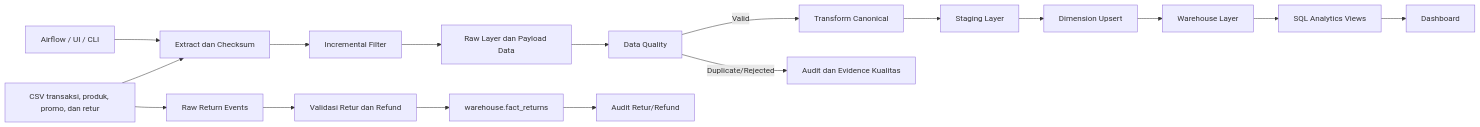
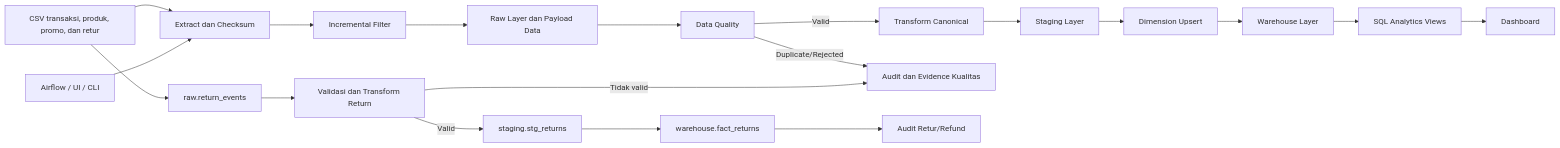
One commit to RinaldiHamzah/arunika-sales-pepeline-end-to-end changed the diagram in docs/architecture.md. Above: the diagram before and after it, drawn with Mermaid. The commit also changed other lines of this file and 15 other files, not shown here.

````diff
--- a/docs/architecture.md
+++ b/docs/architecture.md
@@ -9,19 +9,21 @@
 ```mermaid
 flowchart LR
     A[CSV transaksi, produk, promo, dan retur] --> B[Extract dan Checksum]
     B --> C[Incremental Filter]
     C --> D[Raw Layer dan Payload Data]
     D --> E[Data Quality]
     E -->|Valid| F[Transform Canonical]
     E -->|Duplicate/Rejected| G[Audit dan Evidence Kualitas]
     F --> H[Staging Layer]
     H --> I[Dimension Upsert]
     I --> J[Warehouse Layer]
     J --> K[SQL Analytics Views]
     K --> L[Dashboard]
-    A --> R[Raw Return Events]
-    R --> S[Validasi Retur dan Refund]
-    S --> T[warehouse.fact_returns]
-    T --> U[Audit Retur/Refund]
+    A --> R[raw.return_events]
+    R --> S[Validasi dan Transform Return]
+    S -->|Valid| T[staging.stg_returns]
+    S -->|Tidak valid| G
+    T --> U[warehouse.fact_returns]
+    U --> V[Audit Retur/Refund]
     M[Airflow / UI / CLI] --> B
 ```
````
